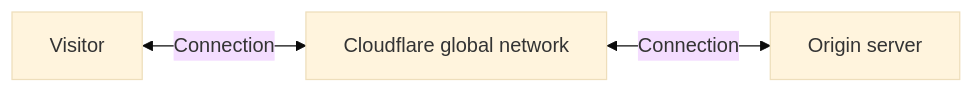
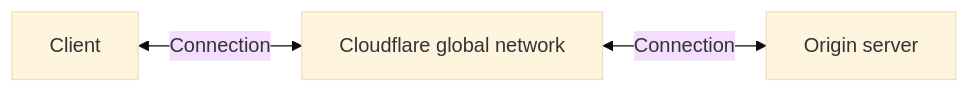
The diagram in src/content/docs/dns/proxy-status/about-proxying.mdx (avramch/cloudflare-docs), drawn with Mermaid (base theme) before and after one commit. The commit also changed other lines of this file, not shown here.

````diff
--- a/src/content/docs/dns/proxy-status/about-proxying.mdx
+++ b/src/content/docs/dns/proxy-status/about-proxying.mdx
@@ -41,5 +59,5 @@
 ```mermaid
 flowchart LR
 accTitle: Connections with Cloudflare
-A[Visitor] <-- Connection --> B[Cloudflare global network] <-- Connection --> C[Origin server]
+A[Client] <-- Connection --> B[Cloudflare global network] <-- Connection --> C[Origin server]
 ```
````
